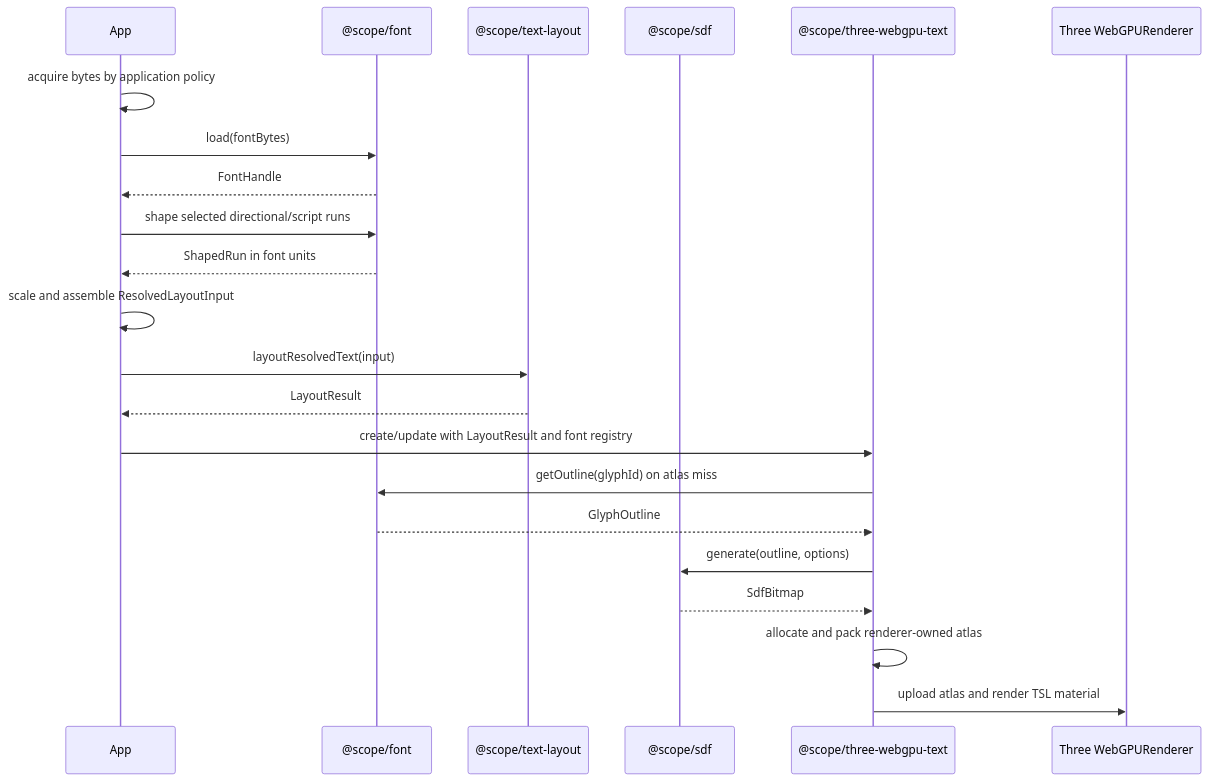
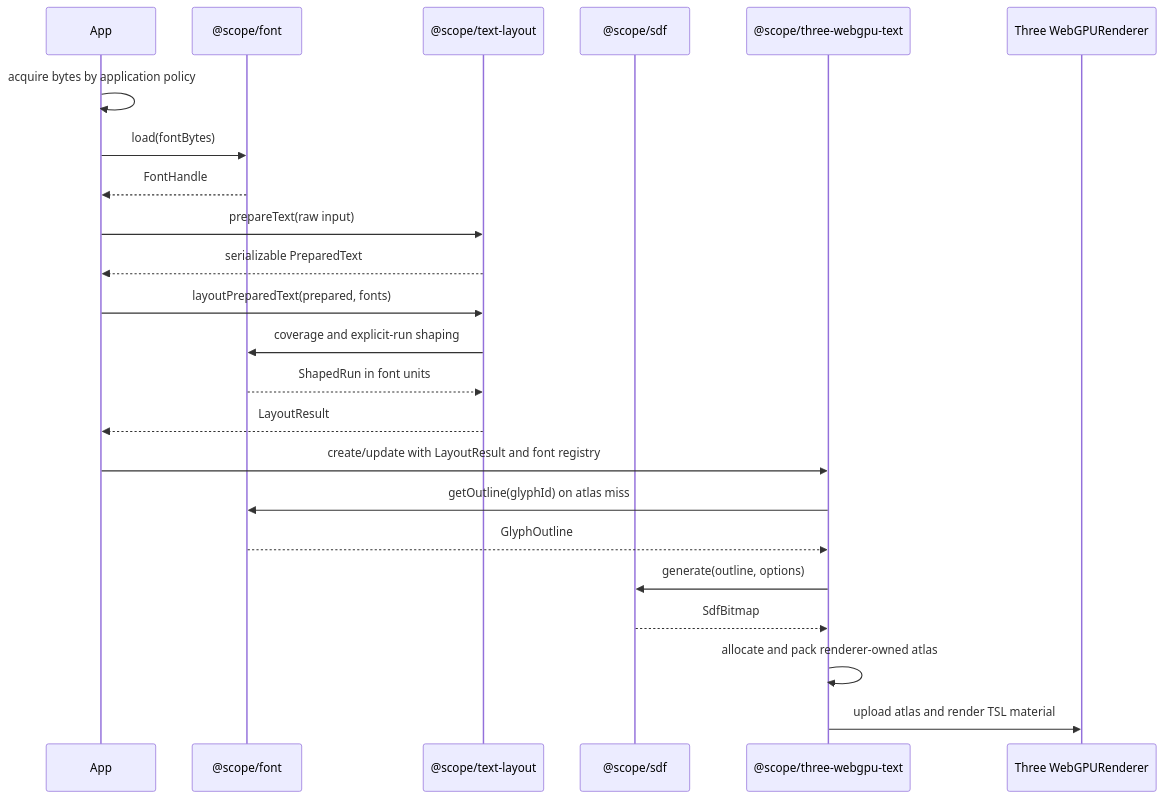
Before and after one commit to julia-script/text-rendering-toolkit: the third of 6 diagrams in ARCHITECTURE.md, drawn with Mermaid. The commit also changed other lines of this file and 21 other files, not shown here.

````diff
--- a/ARCHITECTURE.md
+++ b/ARCHITECTURE.md
@@ -263,25 +263,26 @@
 ```mermaid
 sequenceDiagram
     participant App
     participant Font as @scope/font
     participant Layout as @scope/text-layout
     participant SDF as @scope/sdf
     participant Three as @scope/three-webgpu-text
     participant GPU as Three WebGPURenderer
 
     App->>App: acquire bytes by application policy
     App->>Font: load(fontBytes)
     Font-->>App: FontHandle
-    App->>Font: shape selected directional/script runs
-    Font-->>App: ShapedRun in font units
-    App->>App: scale and assemble ResolvedLayoutInput
-    App->>Layout: layoutResolvedText(input)
+    App->>Layout: prepareText(raw input)
+    Layout-->>App: serializable PreparedText
+    App->>Layout: layoutPreparedText(prepared, fonts)
+    Layout->>Font: coverage and explicit-run shaping
+    Font-->>Layout: ShapedRun in font units
     Layout-->>App: LayoutResult
     App->>Three: create/update with LayoutResult and font registry
     Three->>Font: getOutline(glyphId) on atlas miss
     Font-->>Three: GlyphOutline
     Three->>SDF: generate(outline, options)
     SDF-->>Three: SdfBitmap
     Three->>Three: allocate and pack renderer-owned atlas
     Three->>GPU: upload atlas and render TSL material
 ```
````
